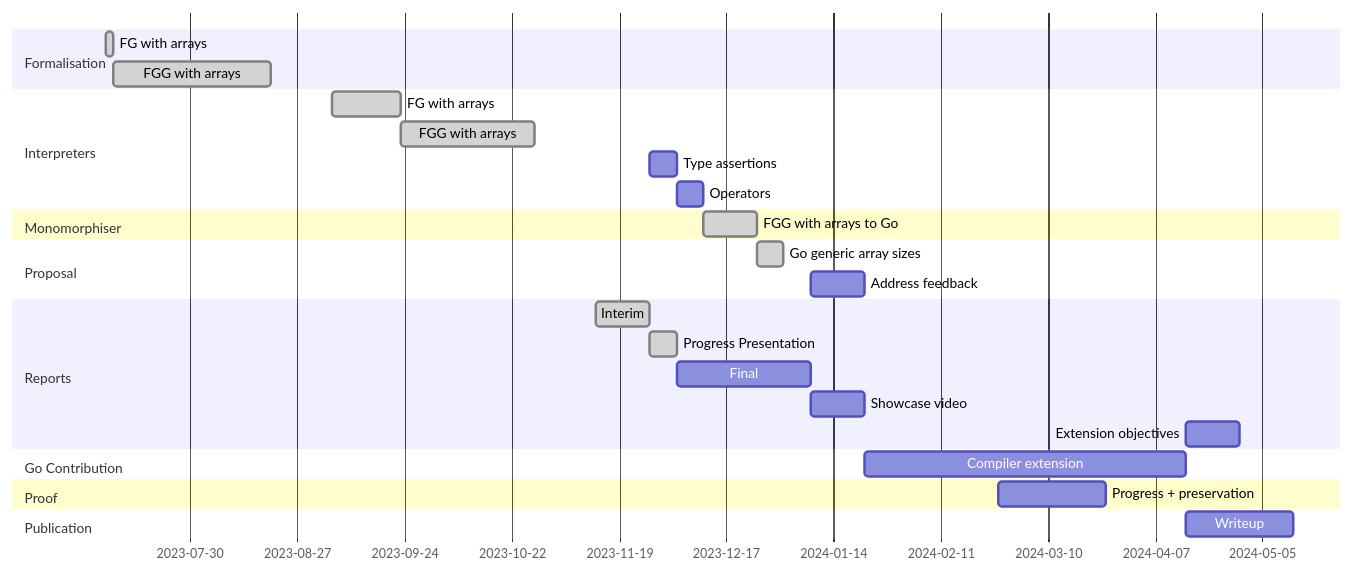
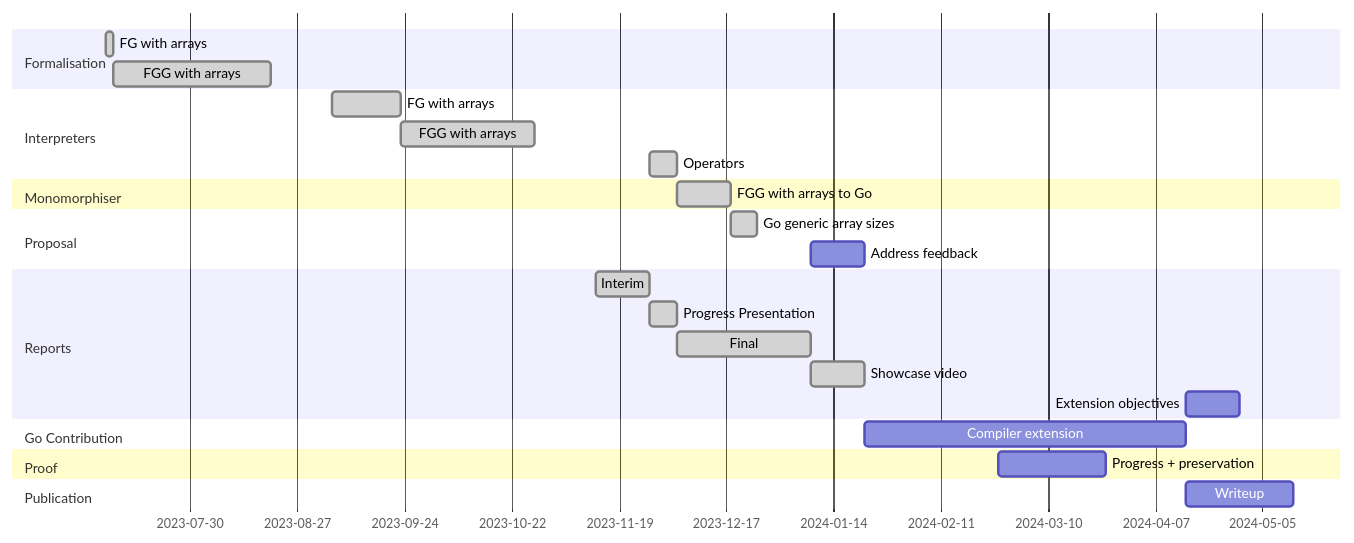
Before and after one commit to dawidl022/go-const-generics: the diagram in deliverables/2-report/project-plan.mmd, drawn with Mermaid.

Commit message:
Update project plan

```diff
--- a/deliverables/2-report/project-plan.mmd
+++ b/deliverables/2-report/project-plan.mmd
@@ -1,28 +1,27 @@
 gantt
     tickInterval 4week
     dateFormat  YYYY-MM-DD
     section Formalisation
         FG with arrays :done, 2023-07-08, 2023-07-10
         FGG with arrays :done, 2023-07-10, 2023-08-20
     section Interpreters
         FG with arrays :done, 2023-09-05,2023-09-23
         FGG with arrays :done, fggi, 2023-09-23, 5w
-        Type assertions :tai, after interim, 1w
-        Operators :op, after tai, 1w
+        Operators :done, op, after interim, 1w
     section Monomorphiser
         FGG with arrays to Go :done, fggm, after op, 2w
     section Proposal
         Go generic array sizes :done, after fggm, 1w
         Address feedback :feedback, after report, 2w
     section Reports
         Interim :done, interim, 2023-11-13, 2023-11-27
         Progress Presentation :done, progress, after interim, 2023-12-04
-        Final :report, after progress, 5w
-        Showcase video :after report, 2w
+        Final :done, report, after progress, 5w
+        Showcase video :done, after report, 2w
         Extension objectives :after compiler, 2w
     section Go Contribution
         Compiler extension :compiler, after feedback, 12w
     section Proof
         Progress + preservation :2024-02-26, 4w
     section Publication
         Writeup :after compiler, 4w
```
